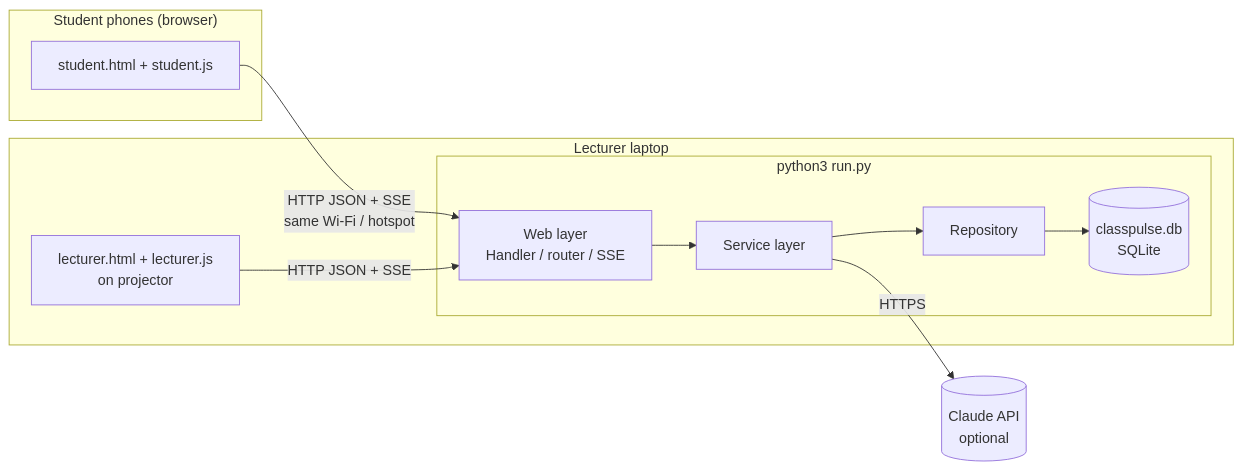
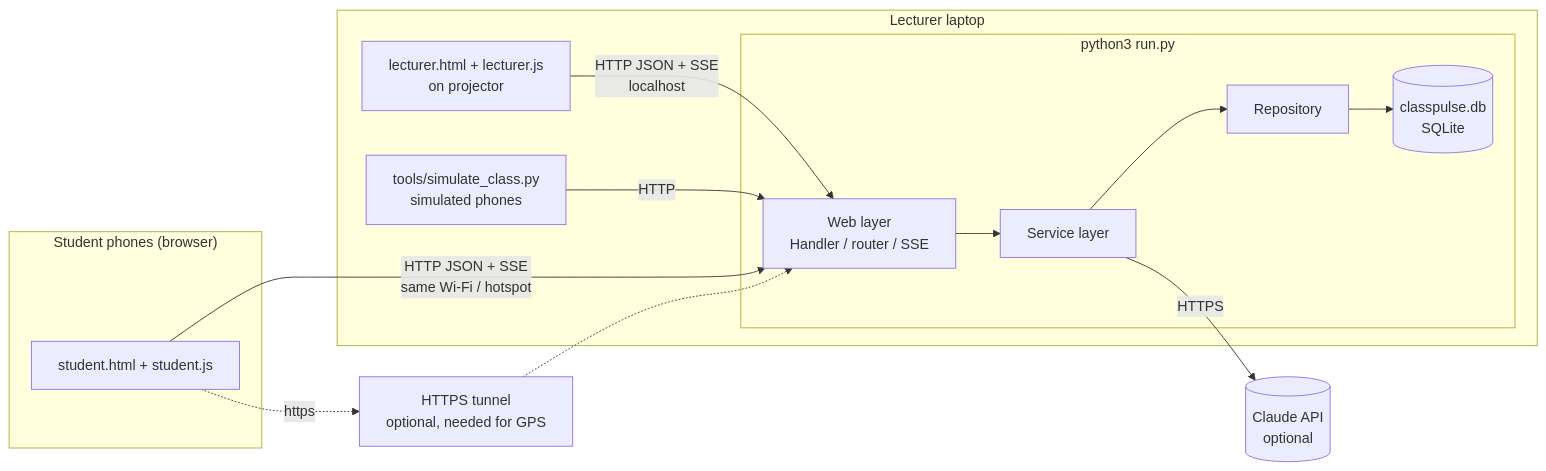
One commit to roneliyahu2001/oop-ex2-classpulse changed the diagram in docs/05-components.md. Above: the diagram before and after it, drawn with Mermaid. The commit also changed other lines of this file and 47 other files, not shown here.

````diff
--- a/docs/05-components.md
+++ b/docs/05-components.md
@@ -4,20 +4,24 @@
 ```mermaid
 flowchart LR
   subgraph Phones["Student phones (browser)"]
     SP[student.html + student.js]
   end
   subgraph Laptop["Lecturer laptop"]
     LD[lecturer.html + lecturer.js<br/>on projector]
     subgraph Server["python3 run.py"]
       WEB[Web layer<br/>Handler / router / SSE]
       SVC[Service layer]
       REPO[Repository]
       DB[(classpulse.db<br/>SQLite)]
     end
+    SIM[tools/simulate_class.py<br/>simulated phones]
   end
+  TUN[HTTPS tunnel<br/>optional, needed for GPS]
   API[(Claude API<br/>optional)]
   SP -- "HTTP JSON + SSE<br/>same Wi-Fi / hotspot" --> WEB
-  LD -- "HTTP JSON + SSE" --> WEB
+  SP -. https .-> TUN -.-> WEB
+  LD -- "HTTP JSON + SSE<br/>localhost" --> WEB
+  SIM -- HTTP --> WEB
   WEB --> SVC --> REPO --> DB
   SVC -- HTTPS --> API
 ```
````
